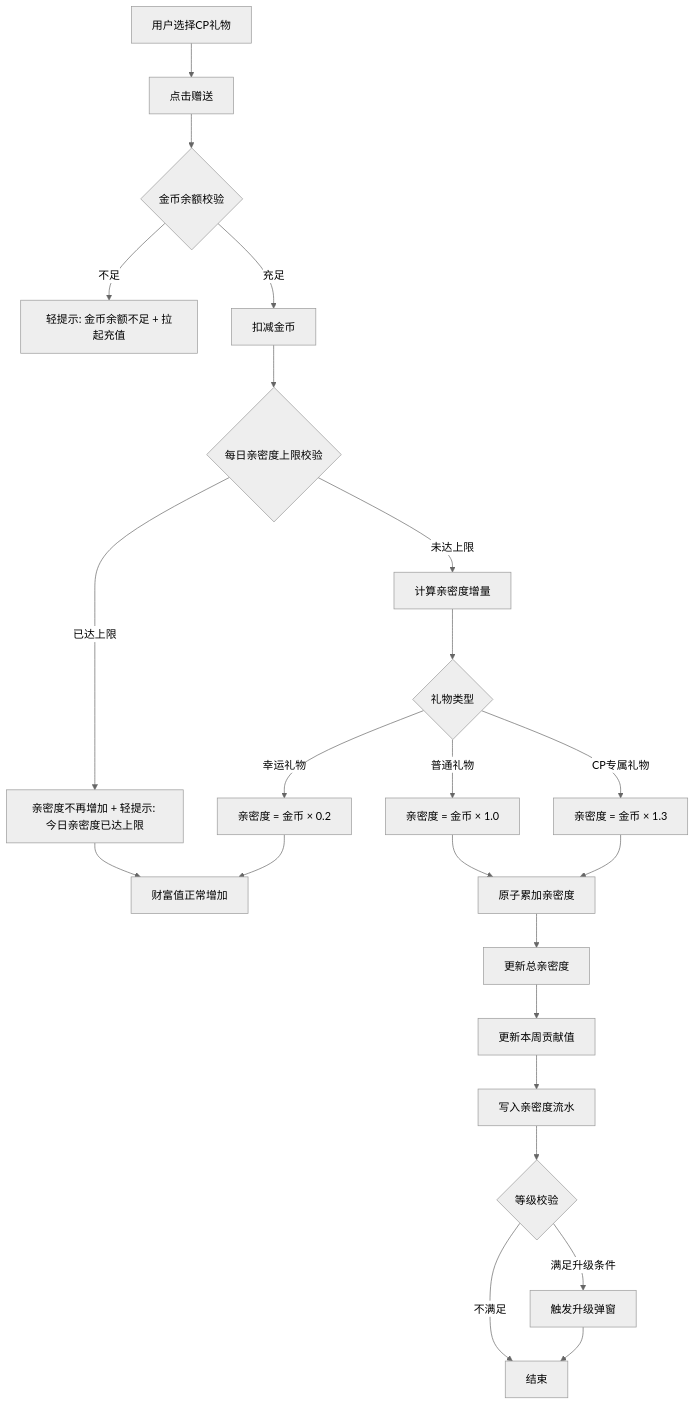
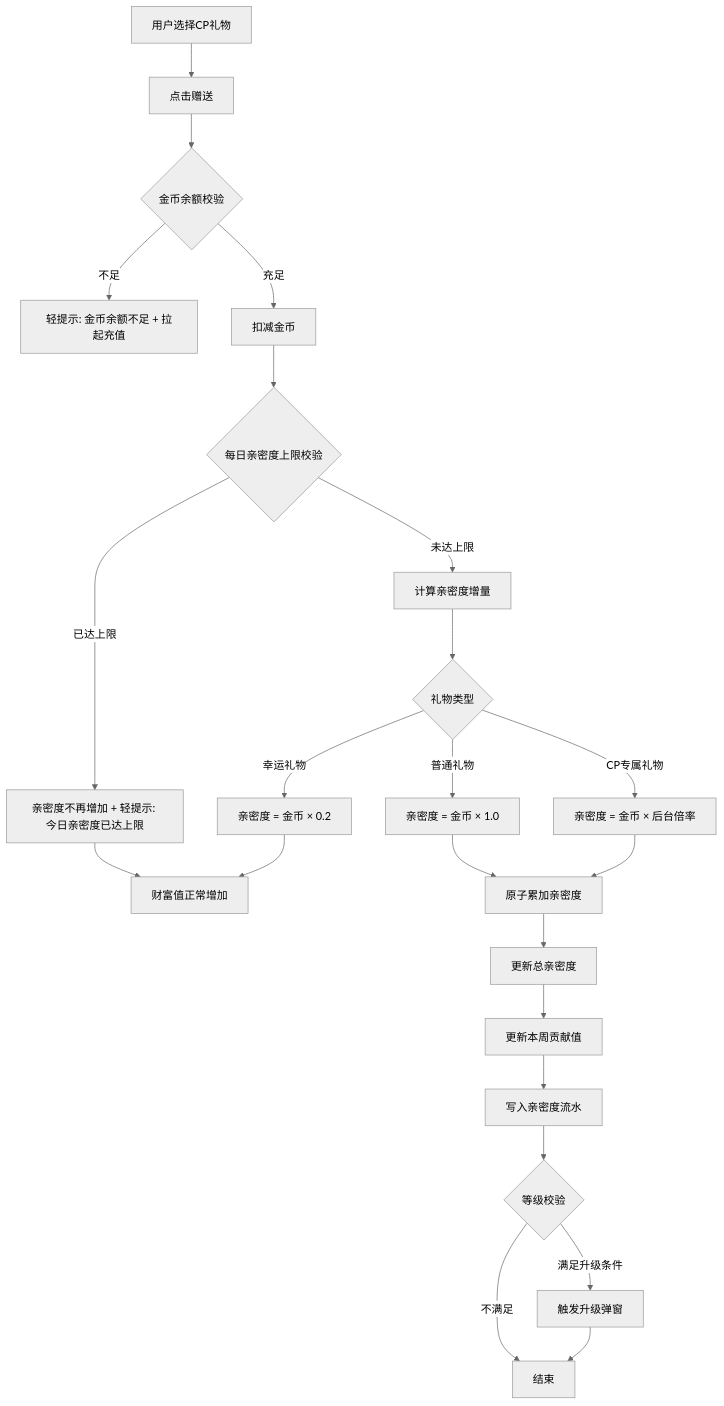
One commit to kocekid/CP1.0-Requirements changed the eighth of 24 diagrams in CP系统需求文档_v1.0.md. Above: the diagram before and after it, drawn with Mermaid (neutral theme). The commit also changed other lines of this file, not shown here.

````diff
--- a/CP系统需求文档_v1.0.md
+++ b/CP系统需求文档_v1.0.md
@@ -859,25 +947,25 @@
 ```mermaid
 flowchart TD
     A[用户选择CP礼物] --> B[点击赠送]
     B --> C{金币余额校验}
     C -->|不足| C1[轻提示: 金币余额不足 + 拉起充值]
     C -->|充足| D[扣减金币]
     D --> E{每日亲密度上限校验}
     E -->|已达上限| E1[亲密度不再增加 + 轻提示: 今日亲密度已达上限]
     E1 --> F1[财富值正常增加]
     E -->|未达上限| F[计算亲密度增量]
     F --> G{礼物类型}
     G -->|普通礼物| G1[亲密度 = 金币 × 1.0]
-    G -->|CP专属礼物| G2[亲密度 = 金币 × 1.3]
+    G -->|CP专属礼物| G2[亲密度 = 金币 × 后台倍率]
     G -->|幸运礼物| G3[亲密度 = 金币 × 0.2]
     G3 --> F1
     G1 --> H[原子累加亲密度]
     G2 --> H
     H --> I[更新总亲密度]
     I --> J[更新本周贡献值]
     J --> K[写入亲密度流水]
     K --> L{等级校验}
     L -->|满足升级条件| M[触发升级弹窗]
     L -->|不满足| 指定数量[结束]
     M --> 指定数量
 ```
````
